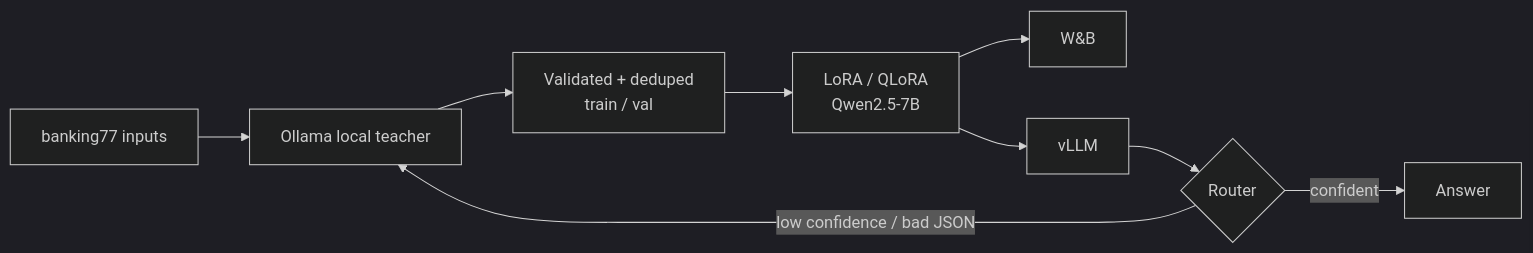
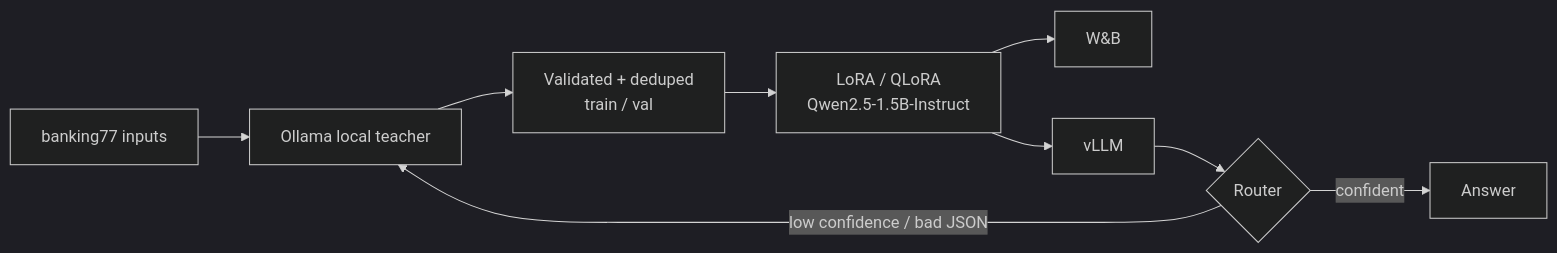
One commit to karthikaditya/p5_distillation changed the diagram in README.md. Above: the diagram before and after it, drawn with Mermaid (dark theme). The commit also changed other lines of this file and 5 other files, not shown here.

````diff
--- a/README.md
+++ b/README.md
@@ -7,8 +7,8 @@
 ```mermaid
 flowchart LR
   I[banking77 inputs] --> T[Ollama local teacher] --> D[Validated + deduped<br/>train / val]
-  D --> L[LoRA / QLoRA<br/>Qwen2.5-7B] --> WB[W&B]
+  D --> L[LoRA / QLoRA<br/>Qwen2.5-1.5B-Instruct] --> WB[W&B]
   L --> V[vLLM] --> RT{Router}
   RT -->|confident| OUT[Answer]
   RT -->|low confidence / bad JSON| T
 ```
````
